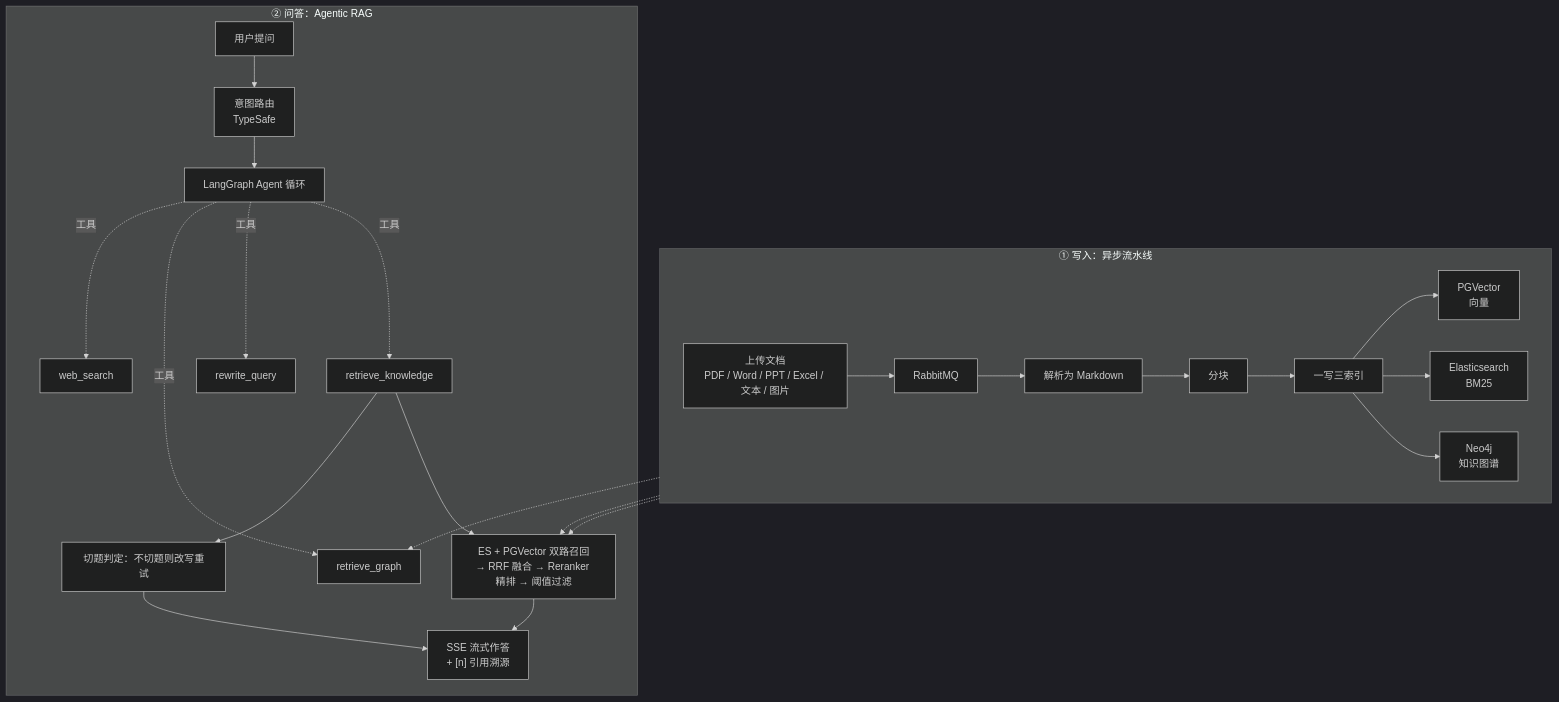
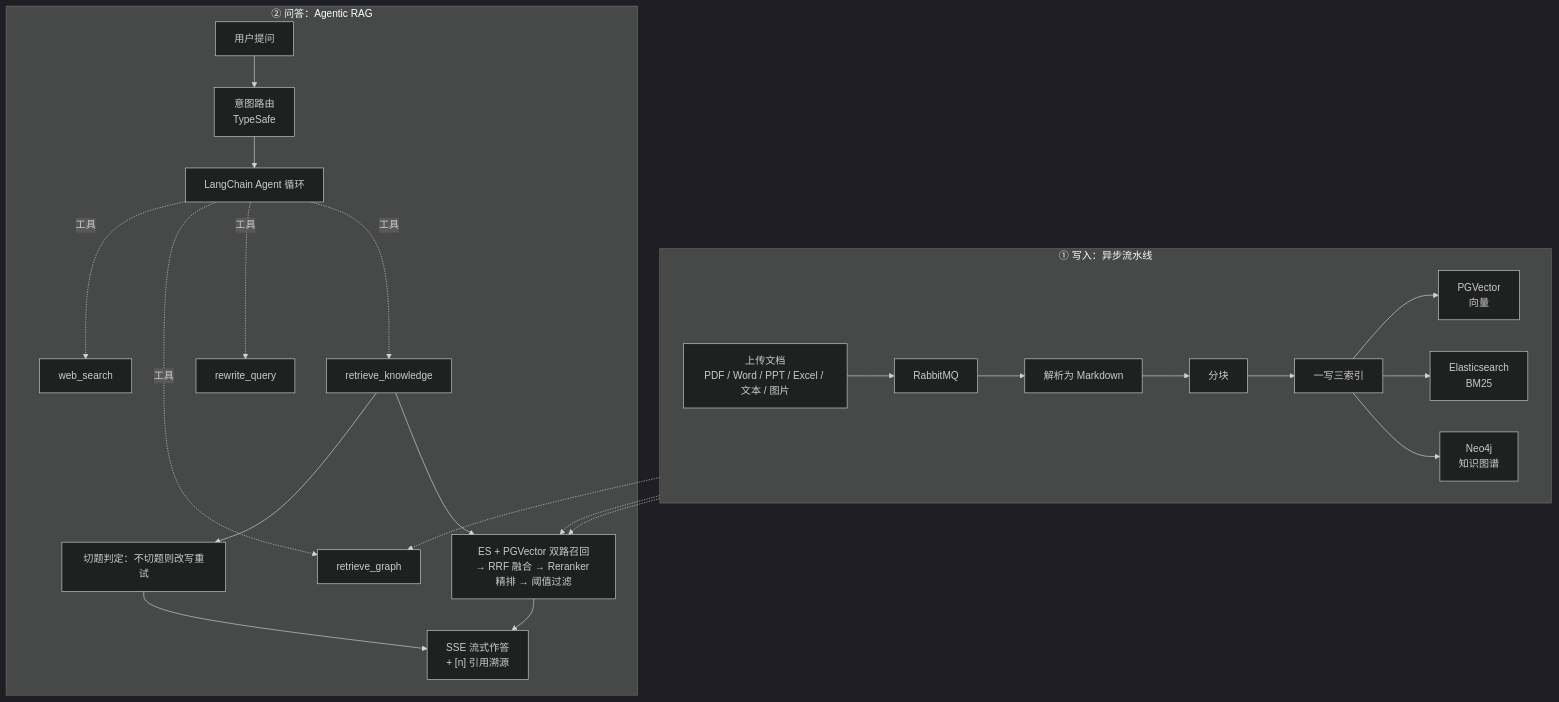
The diagram in README.md (zuishuailxy/my-rag), drawn with Mermaid (dark theme) before and after one commit. The commit also changed other lines of this file and 7 other files, not shown here.

````diff
--- a/README.md
+++ b/README.md
@@ -71,26 +71,26 @@
 ```mermaid
 flowchart TD
     subgraph write["① 写入：异步流水线"]
         direction LR
         A["上传文档<br/>PDF / Word / PPT / Excel / 文本 / 图片"] --> B["RabbitMQ"] --> C["解析为 Markdown"] --> D["分块"] --> E["一写三索引"]
         E --> E1["PGVector<br/>向量"]
         E --> E2["Elasticsearch<br/>BM25"]
         E --> E3["Neo4j<br/>知识图谱"]
     end
 
     subgraph read["② 问答：Agentic RAG"]
-        Q["用户提问"] --> R["意图路由<br/>TypeSafe"] --> S["LangGraph Agent 循环"]
+        Q["用户提问"] --> R["意图路由<br/>TypeSafe"] --> S["LangChain Agent 循环"]
         S -.->|工具| T1["retrieve_knowledge"]
         S -.->|工具| T2["rewrite_query"]
         S -.->|工具| T3["retrieve_graph"]
         S -.->|工具| T4["web_search"]
         T1 --> U["ES + PGVector 双路召回<br/>→ RRF 融合 → Reranker 精排 → 阈值过滤"]
         T1 --> V["切题判定：不切题则改写重试"]
         U --> W["SSE 流式作答<br/>+ [n] 引用溯源"]
         V --> W
     end
 
     E1 -.-> U
     E2 -.-> U
     E3 -.-> T3
 ```
````
